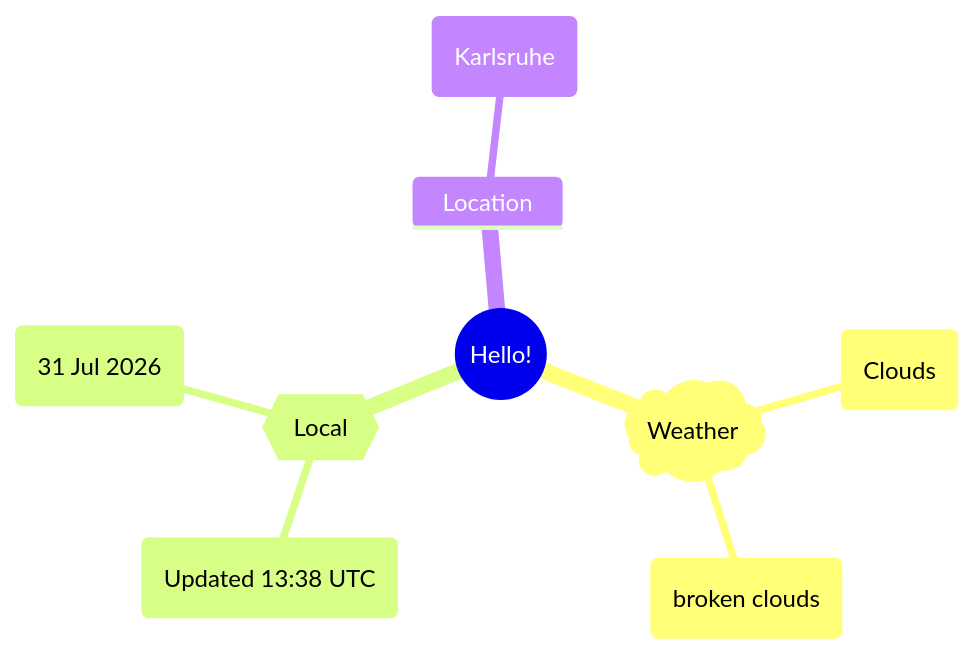
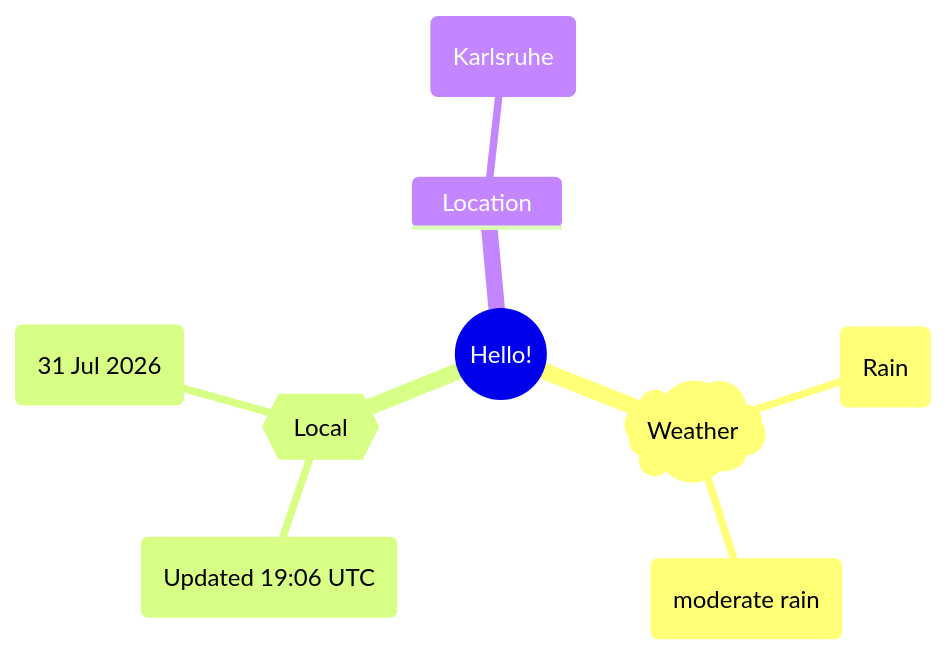
One commit to Xosrov/Xosrov changed the first of 2 diagrams in README.md. Above: the diagram before and after it, drawn with Mermaid.

Commit message:
[bot] updated images

````diff
--- a/README.md
+++ b/README.md
@@ -3,12 +3,12 @@
 ```mermaid
 mindmap
   root((Hello!))
     )Weather(
-        (Clouds)
-        (broken clouds)
+        (Rain)
+        (moderate rain)
     {{Local}}
-        (Updated 13:38 UTC)
+        (Updated 19:06 UTC)
         (31 Jul 2026)
     Location
         (Karlsruhe)
 ```
````
